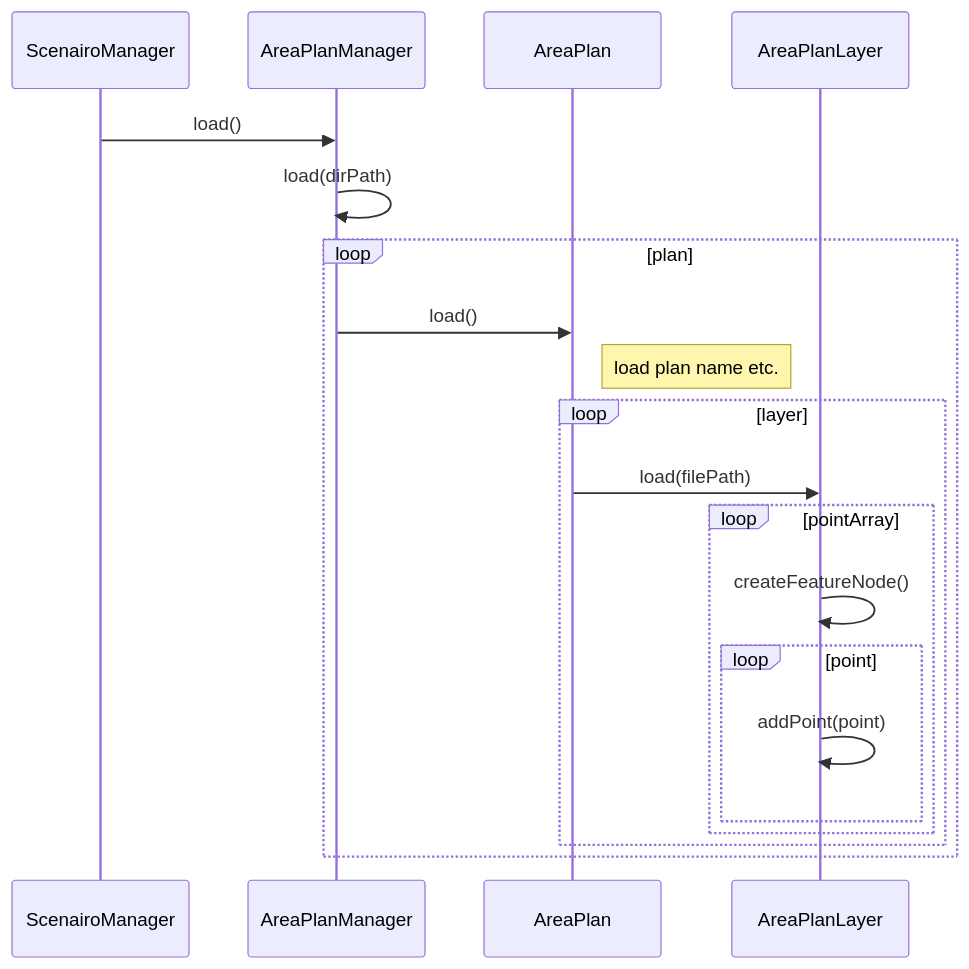
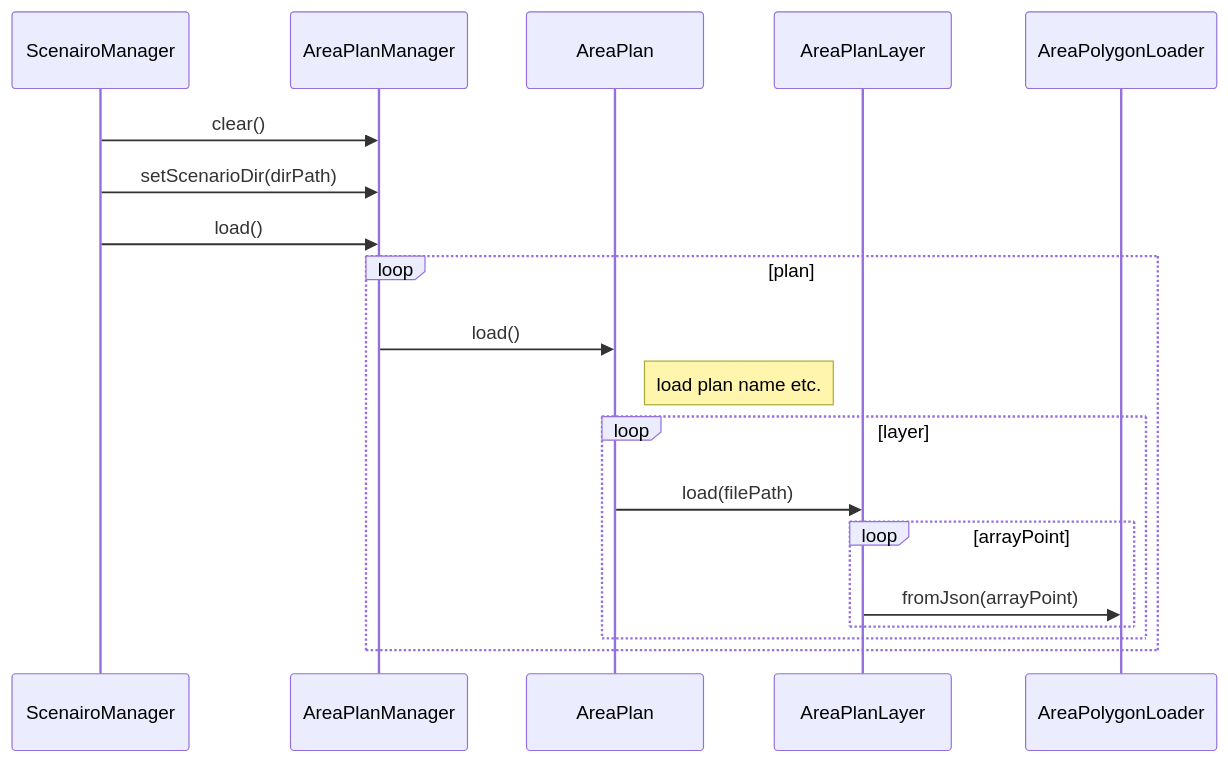
One commit to MJYCo-Ltd/Map changed diagram 19 of 22 in Doc/BGP平台应用层设计.md. Above: the diagram before and after it, drawn with Mermaid. The commit also changed other lines of this file and 9 other files, not shown here.

````diff
--- a/Doc/BGP平台应用层设计.md
+++ b/Doc/BGP平台应用层设计.md
@@ -580,18 +598,16 @@
 ```mermaid
 sequenceDiagram
+    ScenairoManager->>AreaPlanManager: clear()
+    ScenairoManager->>AreaPlanManager: setScenarioDir(dirPath)
     ScenairoManager->>AreaPlanManager: load()
-    AreaPlanManager->>AreaPlanManager: load(dirPath)
     loop plan
     	AreaPlanManager->>AreaPlan: load()
         Note right of AreaPlan: load plan name etc.
     	loop layer
         	AreaPlan->>AreaPlanLayer: load(filePath)
-    		loop pointArray
-        		AreaPlanLayer->>AreaPlanLayer: createFeatureNode()
-    			loop point
-        		AreaPlanLayer->>AreaPlanLayer: addPoint(point)
-        		end
+    		loop arrayPoint
+        		AreaPlanLayer->>AreaPolygonLoader: fromJson(arrayPoint)
         	end
     	end
     end
 ```
````
